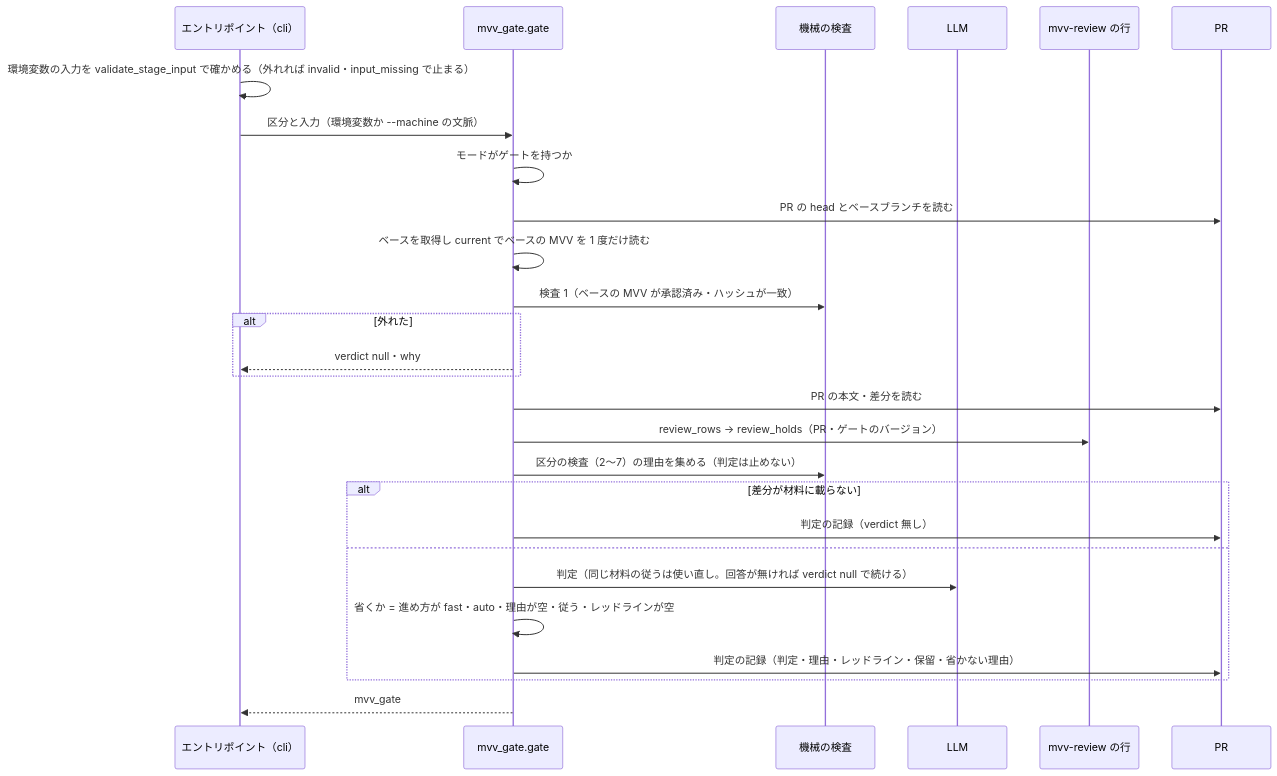
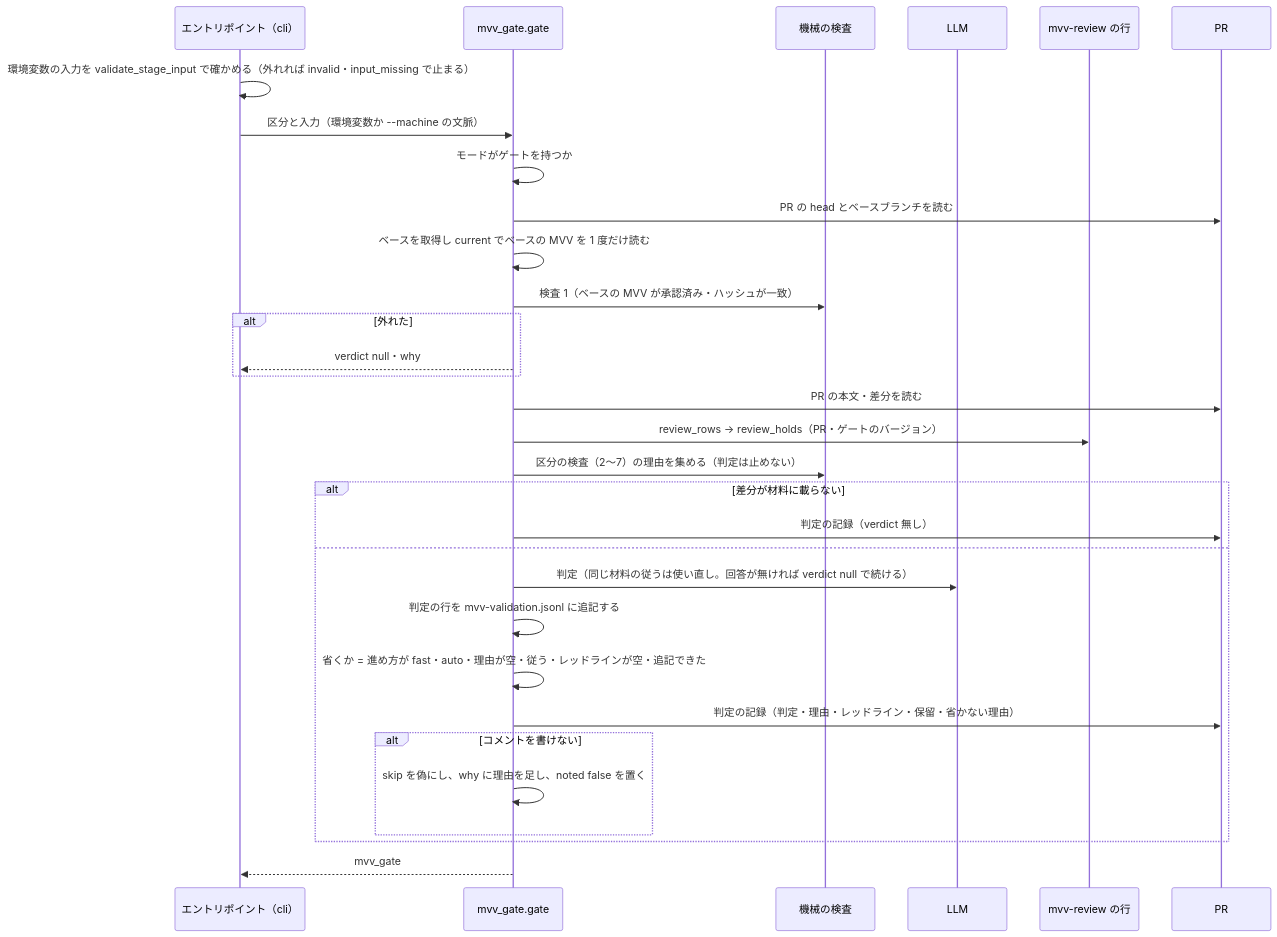
The third of 4 diagrams in issues/issue-3959-4055-design.md (devbasex/ai-plugins), drawn with Mermaid before and after one commit. The commit also changed other lines of this file and 1 other file, not shown here.

````diff
--- a/issues/issue-3959-4055-design.md
+++ b/issues/issue-3959-4055-design.md
@@ -170,29 +178,33 @@
 ```mermaid
 sequenceDiagram
   participant E as エントリポイント（cli）
   participant G as mvv_gate.gate
   participant C as 機械の検査
   participant L as LLM
   participant R as mvv-review の行
   participant P as PR
   E->>E: 環境変数の入力を validate_stage_input で確かめる（外れれば invalid・input_missing で止まる）
   E->>G: 区分と入力（環境変数か --machine の文脈）
   G->>G: モードがゲートを持つか
   G->>P: PR の head とベースブランチを読む
   G->>G: ベースを取得し current でベースの MVV を 1 度だけ読む
   G->>C: 検査 1（ベースの MVV が承認済み・ハッシュが一致）
   alt 外れた
     G-->>E: verdict null・why
   end
   G->>P: PR の本文・差分を読む
   G->>R: review_rows → review_holds（PR・ゲートのバージョン）
   G->>C: 区分の検査（2〜7）の理由を集める（判定は止めない）
   alt 差分が材料に載らない
     G->>P: 判定の記録（verdict 無し）
   else
     G->>L: 判定（同じ材料の従うは使い直し。回答が無ければ verdict null で続ける）
-    G->>G: 省くか = 進め方が fast・auto・理由が空・従う・レッドラインが空
+    G->>G: 判定の行を mvv-validation.jsonl に追記する
+    G->>G: 省くか = 進め方が fast・auto・理由が空・従う・レッドラインが空・追記できた
     G->>P: 判定の記録（判定・理由・レッドライン・保留・省かない理由）
+    alt コメントを書けない
+      G->>G: skip を偽にし、why に理由を足し、noted false を置く
+    end
   end
   G-->>E: mvv_gate
 ```
````
